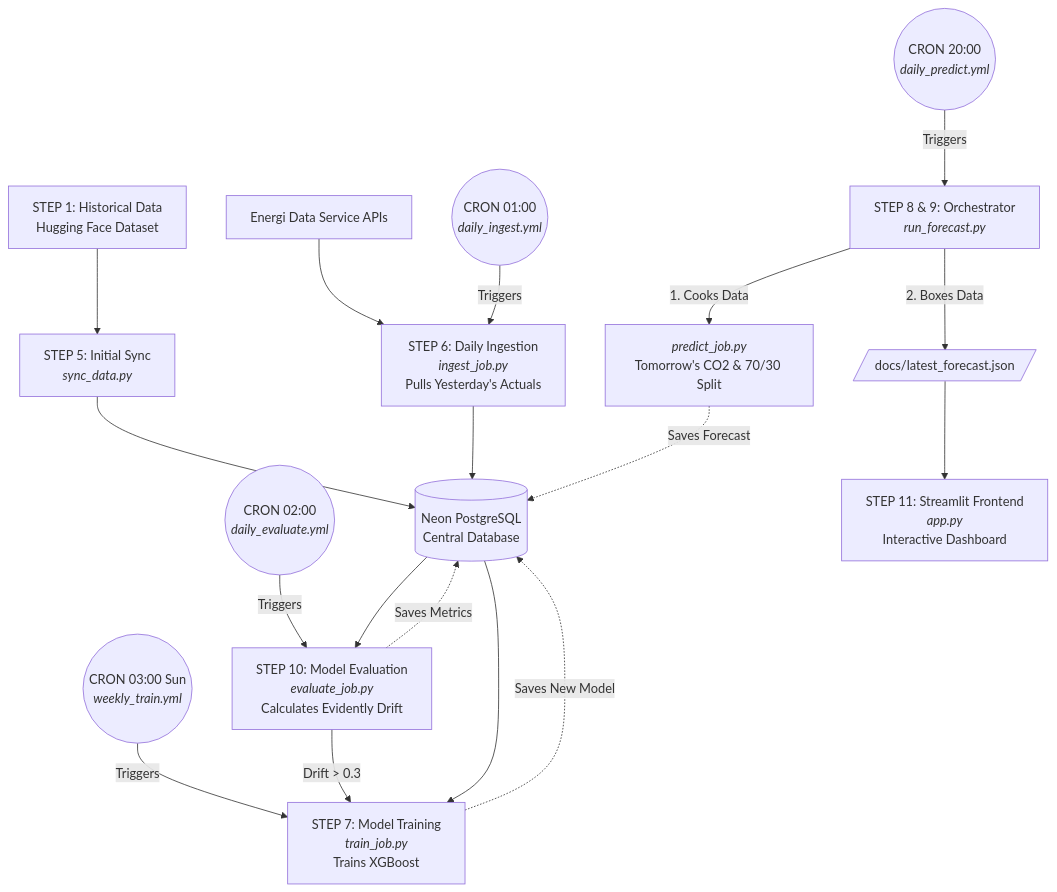
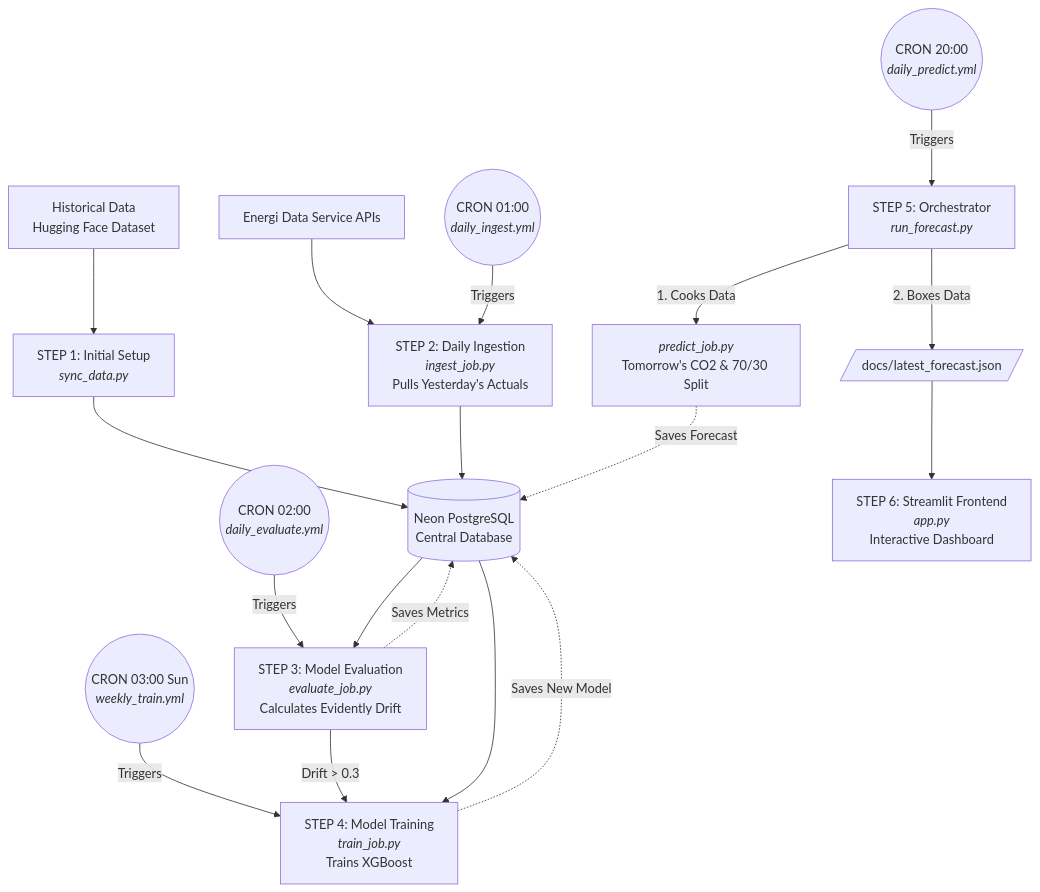
The diagram in README.md (xprafulx/gridwise-guardian), drawn with Mermaid before and after one commit. The commit also changed other lines of this file, not shown here.

Commit message:
Update step numbers and descriptions in README

````diff
--- a/README.md
+++ b/README.md
@@ -35,32 +35,32 @@
 ```mermaid
 flowchart TD
     %% External Data Sources
-    HF[STEP 1: Historical Data<br/>Hugging Face Dataset] --> Sync
+    HF[Historical Data<br/>Hugging Face Dataset] --> Sync
     API[Energi Data Service APIs] --> Ingest
 
     %% Initial Setup
-    Sync[STEP 5: Initial Sync<br/><i>sync_data.py</i>] --> DB[(Neon PostgreSQL<br/>Central Database)]
+    Sync[STEP 1: Initial Setup<br/><i>sync_data.py</i>] --> DB[(Neon PostgreSQL<br/>Central Database)]
 
     %% 1. Ingestion Job
     CRON1((CRON 01:00<br/><i>daily_ingest.yml</i>)) -->|Triggers| Ingest
-    Ingest[STEP 6: Daily Ingestion<br/><i>ingest_job.py</i><br/>Pulls Yesterday's Actuals] --> DB
+    Ingest[STEP 2: Daily Ingestion<br/><i>ingest_job.py</i><br/>Pulls Yesterday's Actuals] --> DB
 
     %% 2. Evaluation Job
     CRON2((CRON 02:00<br/><i>daily_evaluate.yml</i>)) -->|Triggers| Eval
-    DB --> Eval[STEP 10: Model Evaluation<br/><i>evaluate_job.py</i><br/>Calculates Evidently Drift]
+    DB --> Eval[STEP 3: Model Evaluation<br/><i>evaluate_job.py</i><br/>Calculates Evidently Drift]
     Eval -. Saves Metrics .-> DB
 
     %% 3. Training Job
     CRON3((CRON 03:00 Sun<br/><i>weekly_train.yml</i>)) -->|Triggers| Train
     Eval -->|Drift > 0.3| Train
-    DB --> Train[STEP 7: Model Training<br/><i>train_job.py</i><br/>Trains XGBoost]
+    DB --> Train[STEP 4: Model Training<br/><i>train_job.py</i><br/>Trains XGBoost]
     Train -. Saves New Model .-> DB
 
     %% 4. Prediction Job & Export (The Orchestrator)
     CRON4((CRON 20:00<br/><i>daily_predict.yml</i>)) -->|Triggers| RunForecast
-    RunForecast[STEP 8 & 9: Orchestrator<br/><i>run_forecast.py</i>] -->|1. Cooks Data| Predict
+    RunForecast[STEP 5: Orchestrator<br/><i>run_forecast.py</i>] -->|1. Cooks Data| Predict
     Predict[<i>predict_job.py</i><br/>Tomorrow's CO2 & 70/30 Split] -. Saves Forecast .-> DB
     RunForecast -->|2. Boxes Data| JSON[/docs/latest_forecast.json/]
     
-    JSON --> UI[STEP 11: Streamlit Frontend<br/><i>app.py</i><br/>Interactive Dashboard]
+    JSON --> UI[STEP 6: Streamlit Frontend<br/><i>app.py</i><br/>Interactive Dashboard]
 ```
````
